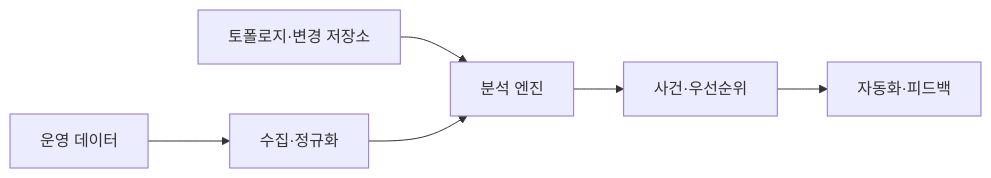
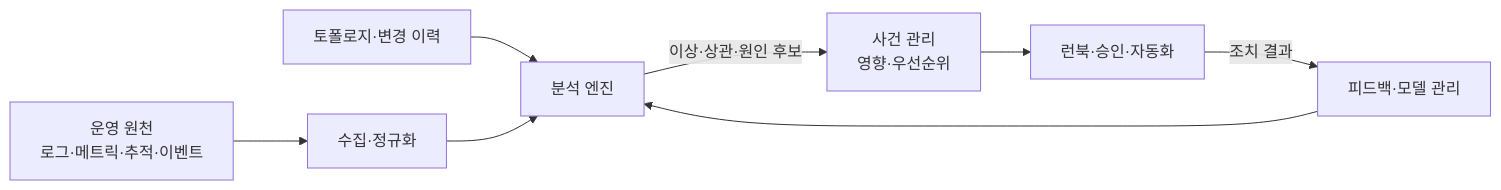
The first of 2 diagrams in src/content/docs/notes/03-software/167_aiops.md (agnusdei1207/knowledge-base), drawn with Mermaid before and after one commit. The commit also changed other lines of this file and 20 other files, not shown here.

````diff
--- a/src/content/docs/notes/03-software/167_aiops.md
+++ b/src/content/docs/notes/03-software/167_aiops.md
@@ -54,8 +58,10 @@
 ```mermaid
 flowchart LR
-    A[운영 데이터] --> B[수집·정규화]
-    C[토폴로지·변경 저장소] --> D[분석 엔진]
-    B --> D
-    D --> E[사건·우선순위]
-    E --> F[자동화·피드백]
+    O["운영 원천<br/>로그·메트릭·추적·이벤트"] --> I["수집·정규화"]
+    T["토폴로지·변경 이력"] --> A["분석 엔진"]
+    I --> A
+    A -->|"이상·상관·원인 후보"| M["사건 관리<br/>영향·우선순위"]
+    M --> R["런북·승인·자동화"]
+    R -->|"조치 결과"| F["피드백·모델 관리"]
+    F --> A
 ```
````
